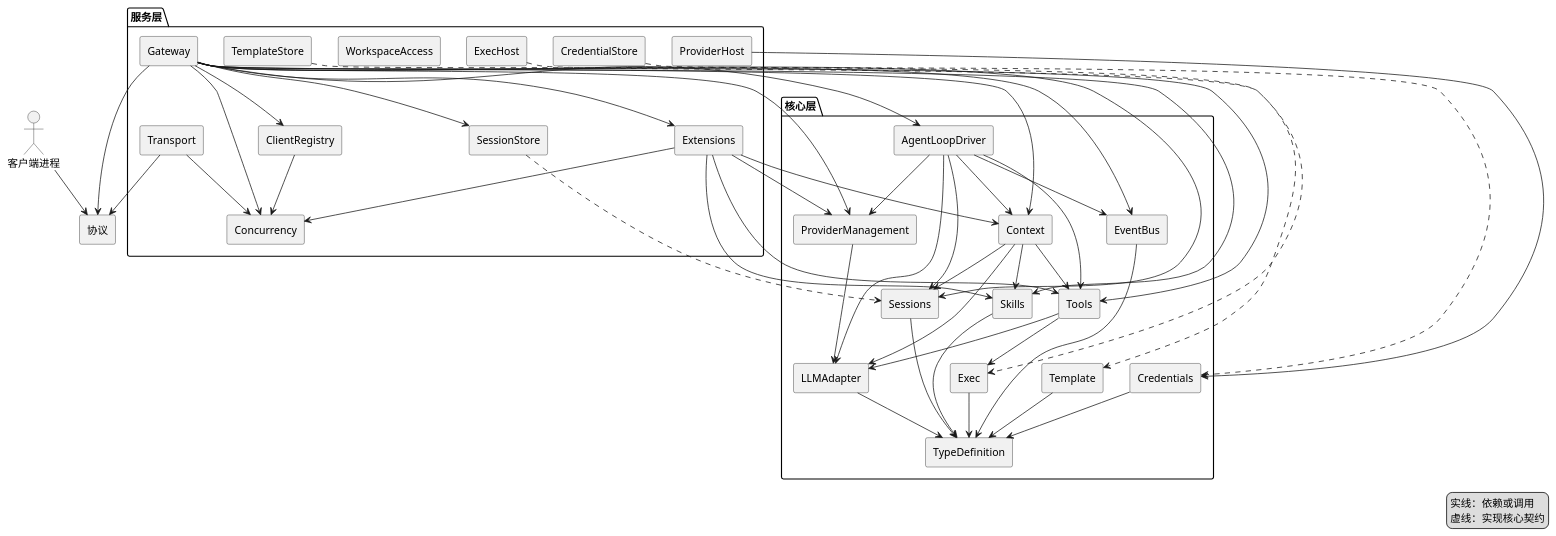
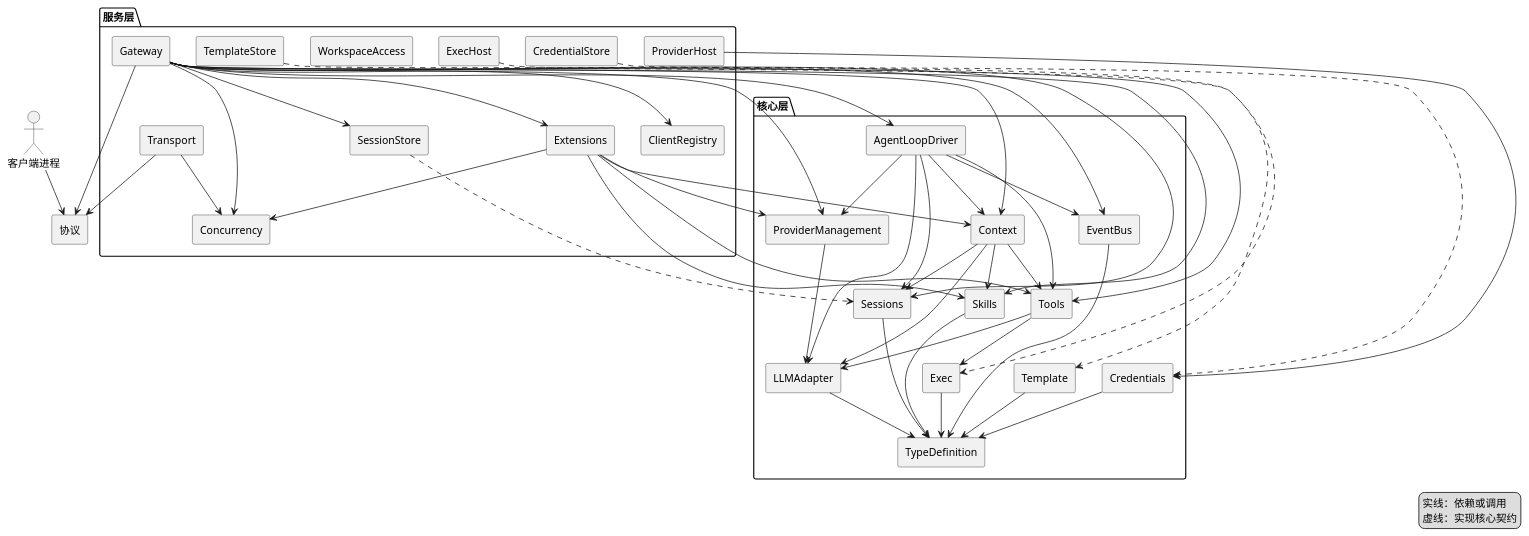
One commit to pisciculus0413/Pisces changed the third of 12 diagrams in docs/1 High-Level Design/1 High-Level Design.md. Above: the diagram before and after it, drawn with PlantUML. The commit also changed other lines of this file and 13 other files, not shown here.

```diff
--- a/docs/1 High-Level Design/1 High-Level Design.md
+++ b/docs/1 High-Level Design/1 High-Level Design.md
@@ -415,7 +415,6 @@
 [Gateway] --> [ProviderManagement]
 [Gateway] --> [ClientRegistry]
 [Gateway] --> [EventBus]
-[ClientRegistry] --> [Concurrency]
 [ProviderHost] --> [Credentials]
 [Gateway] --> [SessionStore]
 [SessionStore] ..> [Sessions]
```
